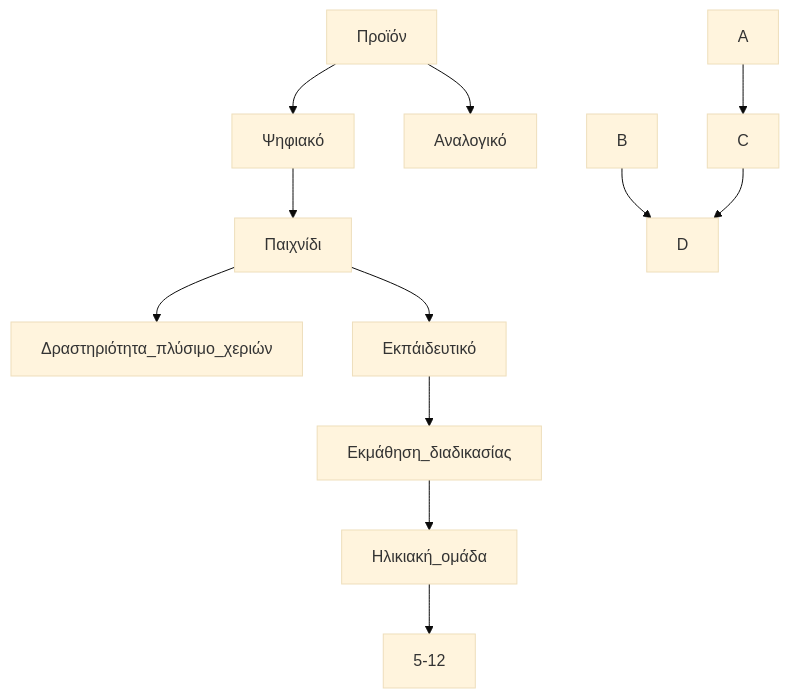
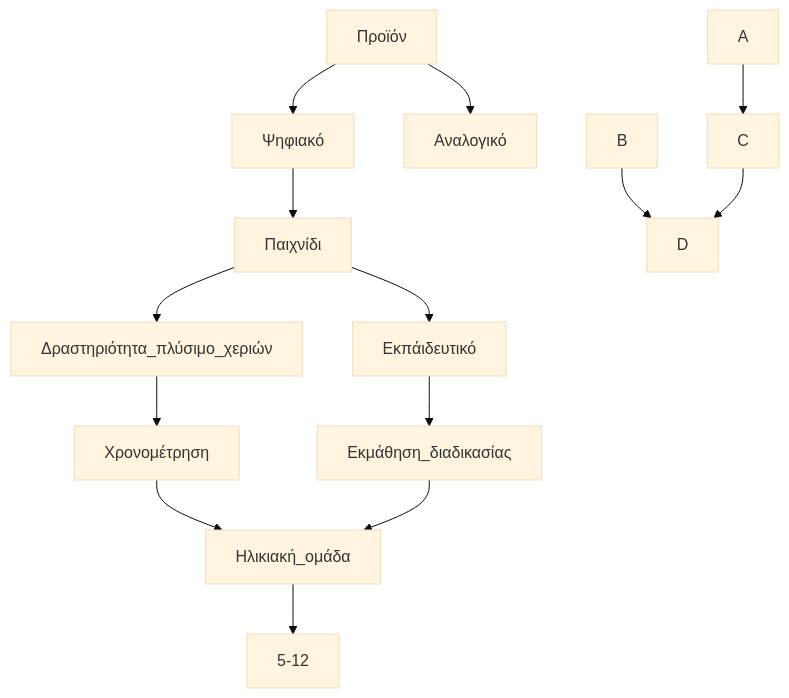
One commit to Ebabouraki/Interaction-Design-Project-Assignment changed the diagram in our_report/README.md. Above: the diagram before and after it, drawn with Mermaid (base theme).

````diff
--- a/our_report/README.md
+++ b/our_report/README.md
@@ -200,20 +200,22 @@
 ```mermaid
   graph TD;
       Προϊόν --> Ψηφιακό;
       Προϊόν --> Αναλογικό;
       Ψηφιακό --> Παιχνίδι;
-      Παιχνίδι --> Δραστηριότητα_πλύσιμο_χεριών
+      Παιχνίδι --> Δραστηριότητα_πλύσιμο_χεριών;
+      Δραστηριότητα_πλύσιμο_χεριών --> Χρονομέτρηση;
+      Χρονομέτρηση --> Ηλικιακή_ομάδα;
       Παιχνίδι --> Εκπάιδευτικό;
       Εκπάιδευτικό --> Εκμάθηση_διαδικασίας;
       Εκμάθηση_διαδικασίας --> Ηλικιακή_ομάδα;
       Ηλικιακή_ομάδα --> 5-12;
       
       
     
     
       
          
       A-->C;
       B-->D;
       C-->D;
 ```
````
